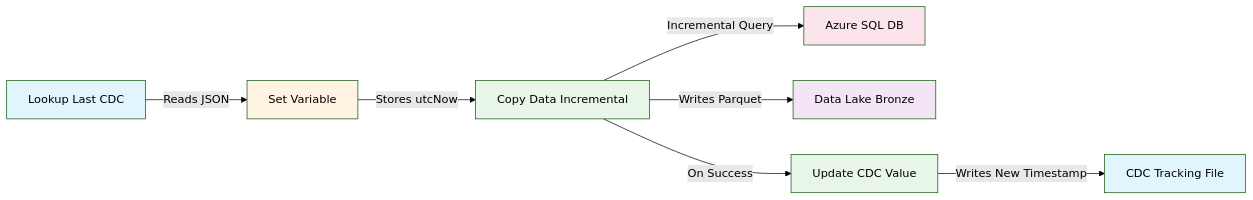
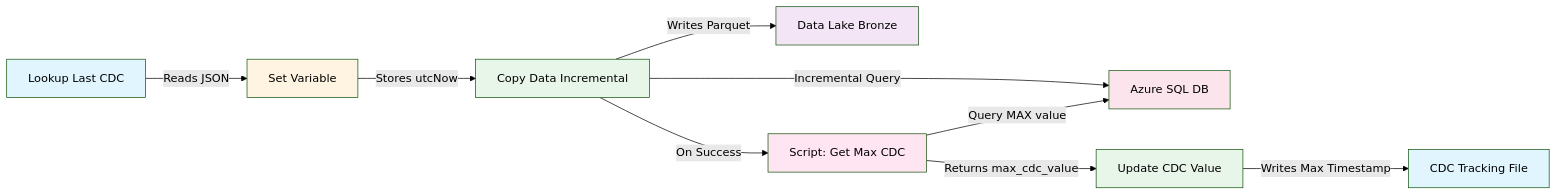
Before and after one commit to kisyular/azure-data-engineering: the diagram in azure-data-engineering-steps.md, drawn with Mermaid (forest theme). The commit also changed other lines of this file and 1 other file, not shown here.

````diff
--- a/azure-data-engineering-steps.md
+++ b/azure-data-engineering-steps.md
@@ -1118,17 +1342,20 @@
 ```mermaid
 graph LR
     A[Lookup Last CDC] -->|Reads JSON| B[Set Variable]
     B -->|Stores utcNow| C[Copy Data Incremental]
     C -->|Incremental Query| D[Azure SQL DB]
     C -->|Writes Parquet| E[Data Lake Bronze]
-    C -->|On Success| F[Update CDC Value]
-    F -->|Writes New Timestamp| G[CDC Tracking File]
+    C -->|On Success| F[Script: Get Max CDC]
+    F -->|Query MAX value| D
+    F -->|Returns max_cdc_value| G[Update CDC Value]
+    G -->|Writes Max Timestamp| H[CDC Tracking File]
     
     style A fill:#e1f5ff
     style B fill:#fff4e1
     style C fill:#e8f5e9
     style D fill:#fce4ec
     style E fill:#f3e5f5
-    style F fill:#e8f5e9
-    style G fill:#e1f5ff
+    style F fill:#ffe5f1
+    style G fill:#e8f5e9
+    style H fill:#e1f5ff
 ```
````
